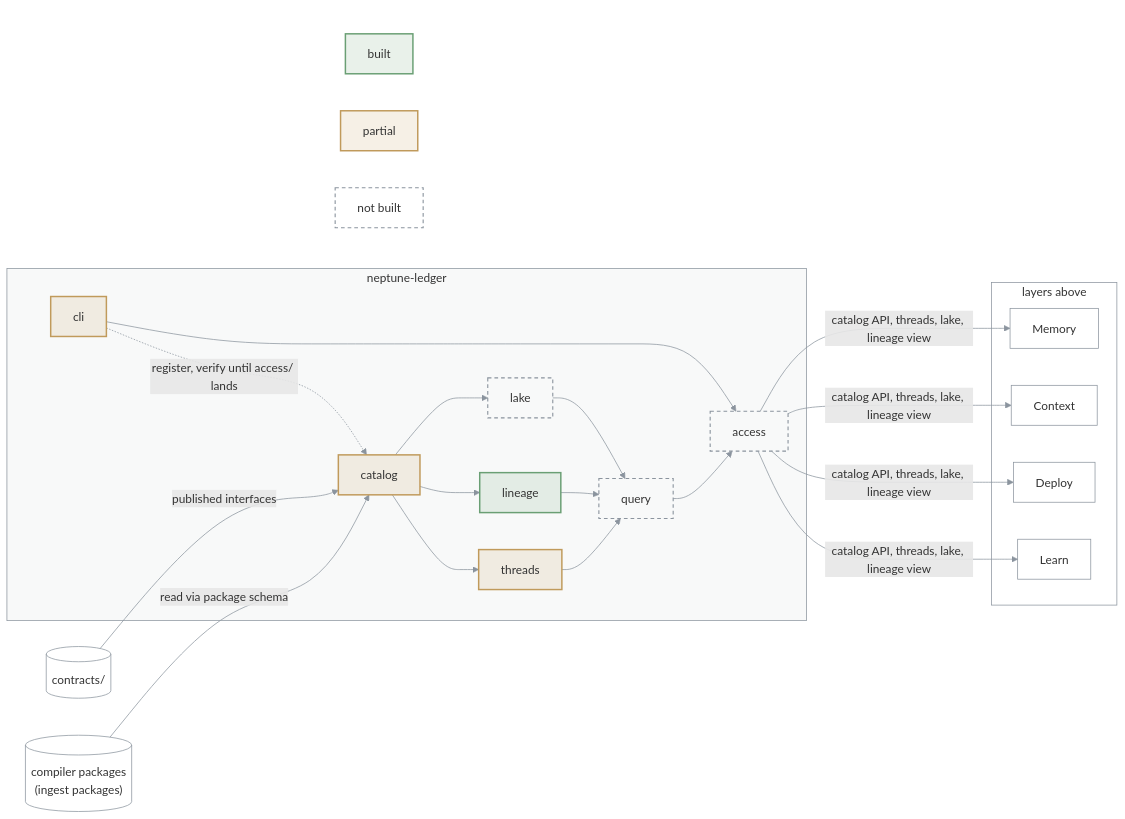
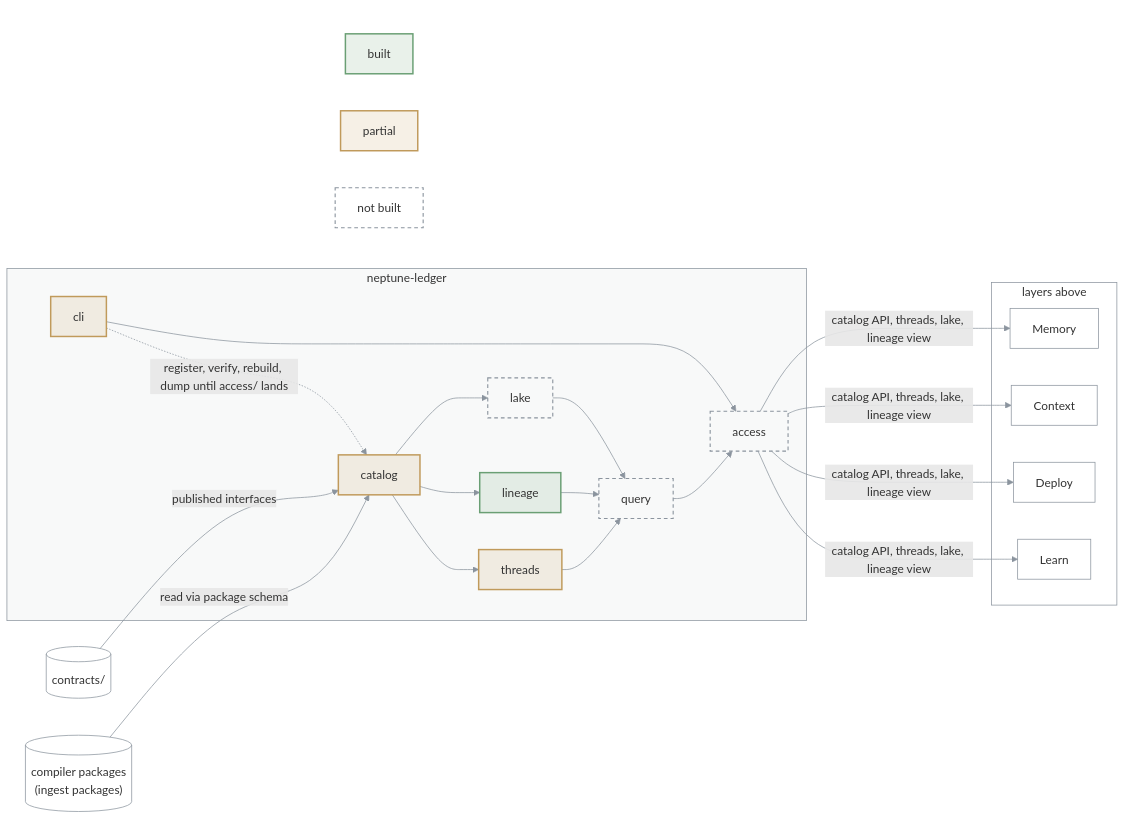
One commit to bennytay/neptune changed the diagram in packages/neptune-ledger/ARCHITECTURE.md. Above: the diagram before and after it, drawn with Mermaid. The commit also changed 4 other files, not shown here.

````diff
--- a/packages/neptune-ledger/ARCHITECTURE.md
+++ b/packages/neptune-ledger/ARCHITECTURE.md
@@ -3,55 +3,55 @@
 ```mermaid
 flowchart LR
   PKG[("compiler packages<br/>(ingest packages)")]
   CON[("contracts/")]
 
   subgraph L["neptune-ledger"]
     CAT["catalog"]
     THR["threads"]
     LIN["lineage"]
     LAKE["lake"]
     QRY["query"]
     ACC["access"]
     CLI["cli"]
   end
 
   subgraph UP["layers above"]
     MEM["Memory"]
     CTX["Context"]
     DEP["Deploy"]
     LRN["Learn"]
   end
 
   PKG -->|read via package schema| CAT
   CON -->|published interfaces| CAT
   CAT --> THR
   CAT --> LIN
   CAT --> LAKE
   THR --> QRY
   LIN --> QRY
   LAKE --> QRY
   QRY --> ACC
   ACC -->|catalog API, threads, lake, lineage view| MEM & CTX & DEP & LRN
   CLI --> ACC
-  CLI -.->|register, verify until access/ lands| CAT
+  CLI -.->|register, verify, rebuild, dump until access/ lands| CAT
 
   subgraph KEY[" "]
     K1["built"]
     K2["partial"]
     K3["not built"]
   end
   CLI ~~~ K1 & K2 & K3
 
   classDef built fill:#6a9f7426,stroke:#6a9f74,stroke-width:2px
   classDef partial fill:#c09a5b26,stroke:#c09a5b,stroke-width:2px
   classDef todo fill:none,stroke:#8b949e,stroke-width:1.5px,stroke-dasharray:5 4
   classDef ext fill:none,stroke:#8b949e,stroke-width:1px
   class LIN,K1 built
   class CAT,THR,CLI,K2 partial
   class LAKE,QRY,ACC,K3 todo
   class PKG,CON,MEM,CTX,DEP,LRN ext
   style L fill:#8b949e0f,stroke:#8b949e
   style UP fill:none,stroke:#8b949e
   style KEY fill:none,stroke:none
   linkStyle default stroke:#8b949e
 ```
````
